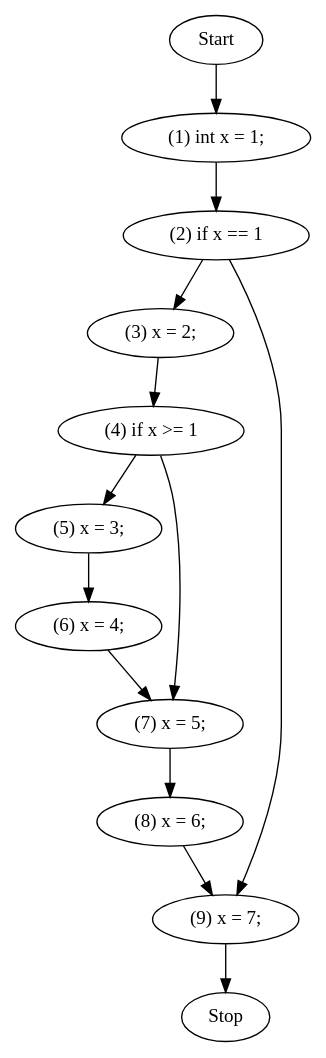
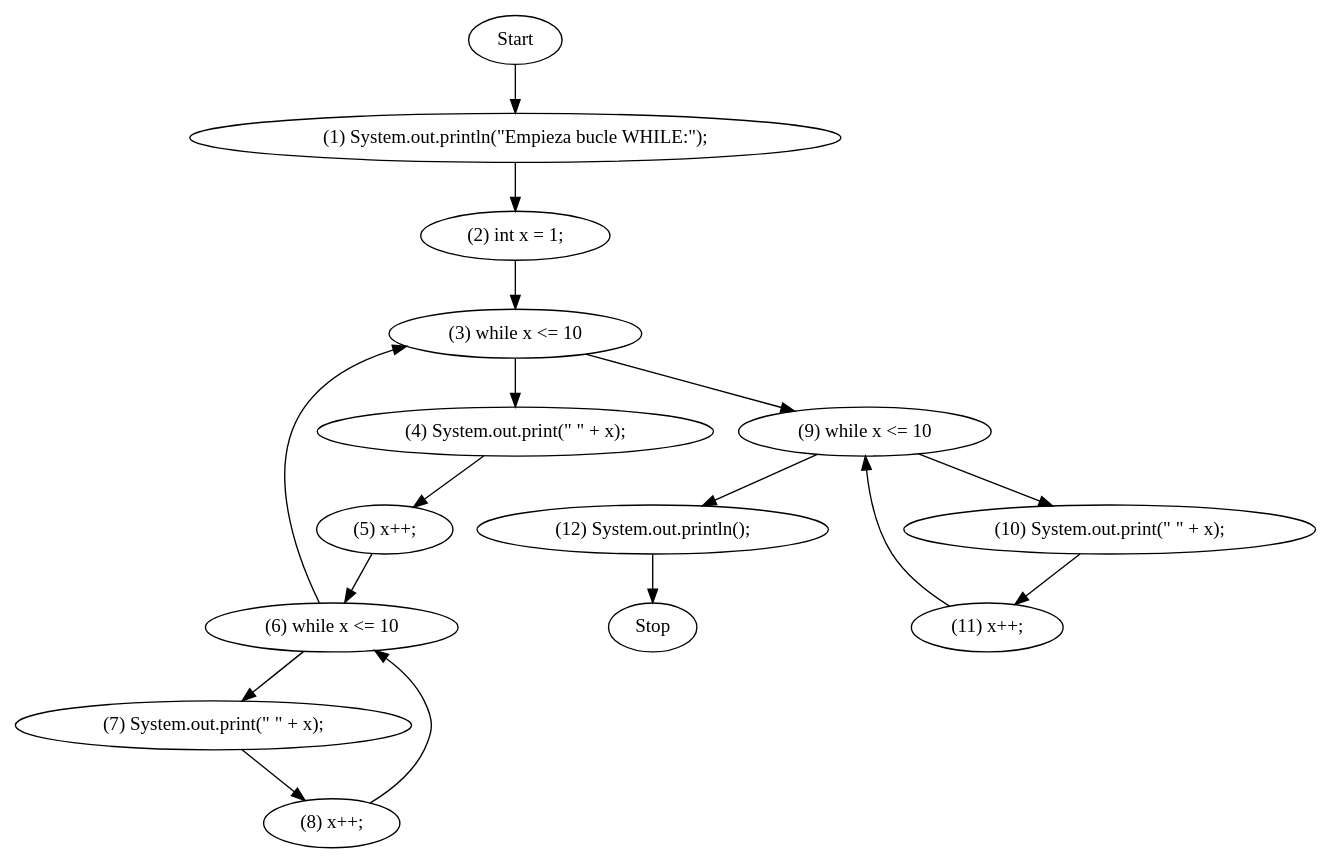
The diagram in dotsource.dot (Juafeis/ProgramAnalysis), drawn with Graphviz before and after one commit. The commit also changed 13 other files, not shown here.

```diff
--- a/dotsource.dot
+++ b/dotsource.dot
@@ -1,2 +1,2 @@
 digraph G {
-Start->"(1) int x = 1;";"(1) int x = 1;"->"(2) if x == 1";"(2) if x == 1"->"(3) x = 2;";"(3) x = 2;"->"(4) if x >= 1";"(4) if x >= 1"->"(5) x = 3;";"(5) x = 3;"->"(6) x = 4;";"(6) x = 4;"->"(7) x = 5;";"(4) if x >= 1"->"(7) x = 5;";"(7) x = 5;"->"(8) x = 6;";"(8) x = 6;"->"(9) x = 7;";"(2) if x == 1"->"(9) x = 7;";"(9) x = 7;"-> Stop;}
+Start->"(1) System.out.println(\"Empieza bucle WHILE:\");";"(1) System.out.println(\"Empieza bucle WHILE:\");"->"(2) int x = 1;";"(2) int x = 1;"->"(3) while x <= 10";"(3) while x <= 10"->"(4) System.out.print(\" \" + x);";"(4) System.out.print(\" \" + x);"->"(5) x++;";"(5) x++;"->"(6) while x <= 10";"(6) while x <= 10"->"(7) System.out.print(\" \" + x);";"(7) System.out.print(\" \" + x);"->"(8) x++;";"(8) x++;"->"(6) while x <= 10";"(6) while x <= 10"->"(3) while x <= 10";"(3) while x <= 10"->"(9) while x <= 10";"(9) while x <= 10"->"(10) System.out.print(\" \" + x);";"(10) System.out.print(\" \" + x);"->"(11) x++;";"(11) x++;"->"(9) while x <= 10";"(9) while x <= 10"->"(12) System.out.println();";"(12) System.out.println();"-> Stop;}
```
